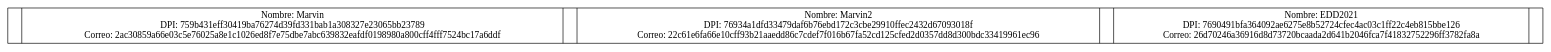
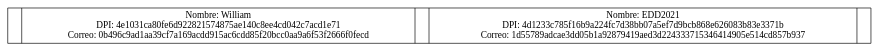
The diagram in backend/diagrama.dot (William58-0/201909103_ProyectoEDD), drawn with Graphviz before and after one commit. The commit also changed 109 other files, not shown here.

```diff
--- a/backend/diagrama.dot
+++ b/backend/diagrama.dot
@@ -1,4 +1,4 @@
 digraph G{
 node[shape=record]
-node0xc0002003f0[label="<f0>|<f1>Nombre: Marvin\nDPI: 759b431eff30419ba76274d39fd331bab1a308327e23065bb23789\nCorreo: 2ac30859a66e03c5e76025a8e1c1026ed8f7e75dbe7abc639832eafdf0198980a800cff4fff7524bc17a6ddf|<f2>|<f3>Nombre: Marvin2\nDPI: 76934a1dfd33479daf6b76ebd172c3cbe29910ffec2432d67093018f\nCorreo: 22c61e6fa66e10cff93b21aaedd86c7cdef7f016b67fa52cd125cfed2d0357dd8d300bdc33419961ec96|<f4>|<f5>Nombre: EDD2021\nDPI: 7690491bfa364092ae6275e8b52724cfec4ac03c1ff22c4eb815bbe126\nCorreo: 26d70246a36916d8d73720bcaada2d641b2046fca7f41832752296ff3782fa8a|<f6>"]
+node0xc0002a96b0[label="<f0>|<f1>Nombre: William\nDPI: 4e1031ca80fe6d922821574875ae140c8ee4cd042c7acd1e71\nCorreo: 0b496c9ad1aa39cf7a169acdd915ac6cdd85f20bcc0aa9a6f53f2666f0fecd|<f2>|<f3>Nombre: EDD2021\nDPI: 4d1233c785f16b9a224fc7d38bb07a5ef7d9bcb868e626083b83e3371b\nCorreo: 1d55789adcae3dd05b1a92879419aed3d224333715346414905e514cd857b937|<f4>"]
 }
```
